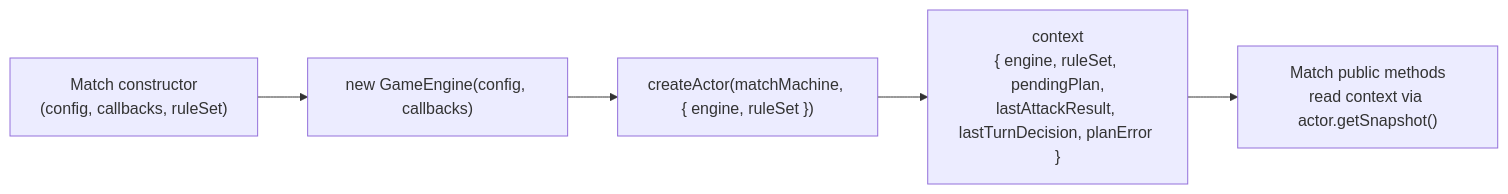
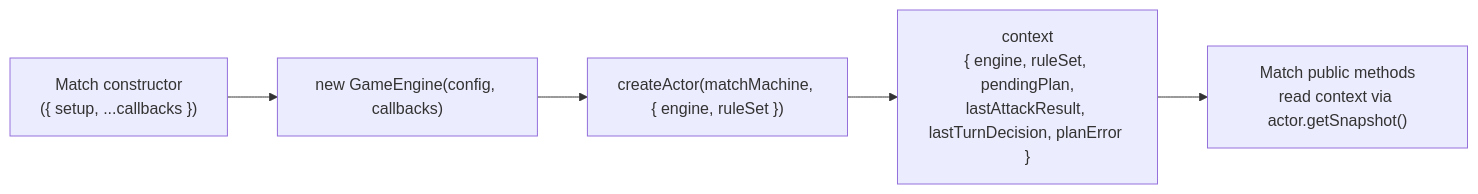
The tenth of 10 diagrams in docs/core-architecture.md (alexsantos-eth/armada-engine), drawn with Mermaid before and after one commit. The commit also changed other lines of this file and 18 other files, not shown here.

````diff
--- a/docs/core-architecture.md
+++ b/docs/core-architecture.md
@@ -396,10 +399,10 @@
 ```mermaid
 flowchart LR
-    INPUT["Match constructor\n(config, callbacks, ruleSet)"]
+    INPUT["Match constructor\n({ setup, ...callbacks })"]
     --> ENGINE["new GameEngine(config, callbacks)"]
     --> ACTOR["createActor(matchMachine, { engine, ruleSet })"]
 
     ACTOR --> CTX["context\n{ engine, ruleSet, pendingPlan,\nlastAttackResult, lastTurnDecision, planError }"]
 
     CTX --> OUTPUT["Match public methods\nread context via actor.getSnapshot()"]
 ```
````
